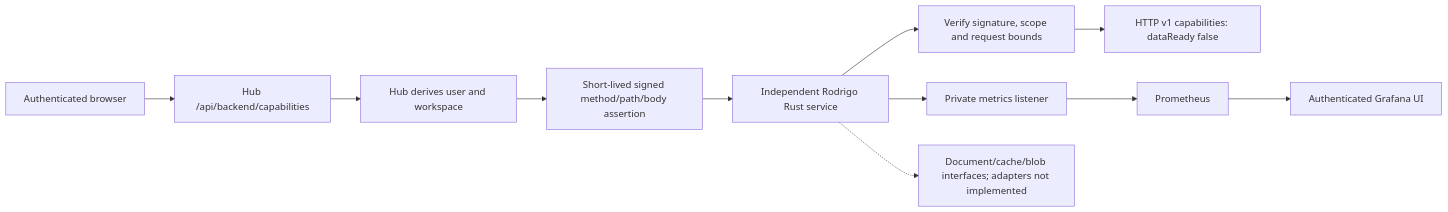
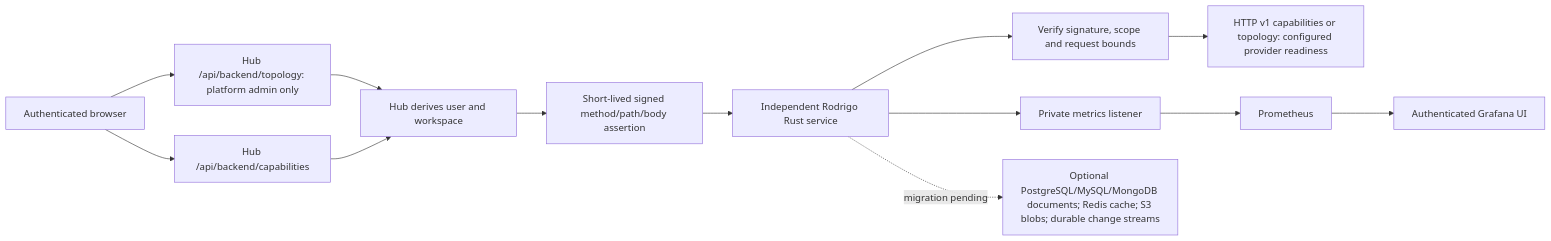
One commit to Adam-Szitas/sorye changed the fifth of 7 diagrams in docs/APP-BEHAVIOR-TREE.md. Above: the diagram before and after it, drawn with Mermaid. The commit also changed other lines of this file and 27 other files, not shown here.

Commit message:
SOR-018 - Bump the hub and migration versions

````diff
--- a/docs/APP-BEHAVIOR-TREE.md
+++ b/docs/APP-BEHAVIOR-TREE.md
@@ -145,13 +145,15 @@
 ```mermaid
 flowchart LR
     Browser[Authenticated browser] --> Capability[Hub /api/backend/capabilities]
-    Capability --> Session[Hub derives user and workspace]
+    Browser --> Topology[Hub /api/backend/topology: platform admin only]
+    Topology --> Session[Hub derives user and workspace]
+    Capability --> Session
     Session --> Assertion[Short-lived signed method/path/body assertion]
     Assertion --> Rodrigo[Independent Rodrigo Rust service]
     Rodrigo --> Verify[Verify signature, scope and request bounds]
-    Verify --> Status[HTTP v1 capabilities: dataReady false]
+    Verify --> Status[HTTP v1 capabilities or topology: configured provider readiness]
     Rodrigo --> Metrics[Private metrics listener]
     Metrics --> Prometheus[Prometheus]
     Prometheus --> Grafana[Authenticated Grafana UI]
-    Rodrigo -.-> Planned[Document/cache/blob interfaces; adapters not implemented]
+    Rodrigo -. migration pending .-> Providers[Optional PostgreSQL/MySQL/MongoDB documents; Redis cache; S3 blobs; durable change streams]
 ```
````
